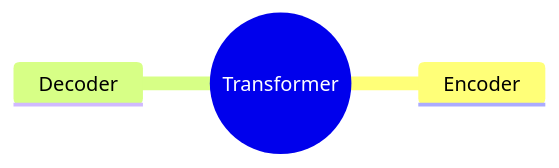
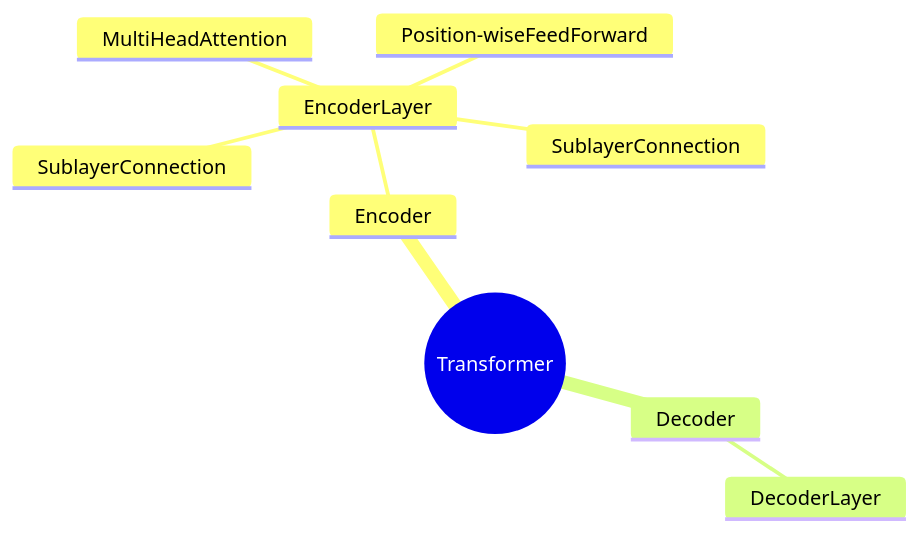
Before and after one commit to lonelyandrew/the_annotated_transformer: the diagram in README.md, drawn with Mermaid. The commit also changed 5 other files, not shown here.

````diff
--- a/README.md
+++ b/README.md
@@ -4,7 +4,12 @@
 ```mermaid
 mindmap
   root((Transformer))
         Encoder
-            
+            EncoderLayer
+                MultiHeadAttention
+                SublayerConnection
+                Position-wiseFeedForward
+                SublayerConnection
         Decoder
+            DecoderLayer
 ```
````
